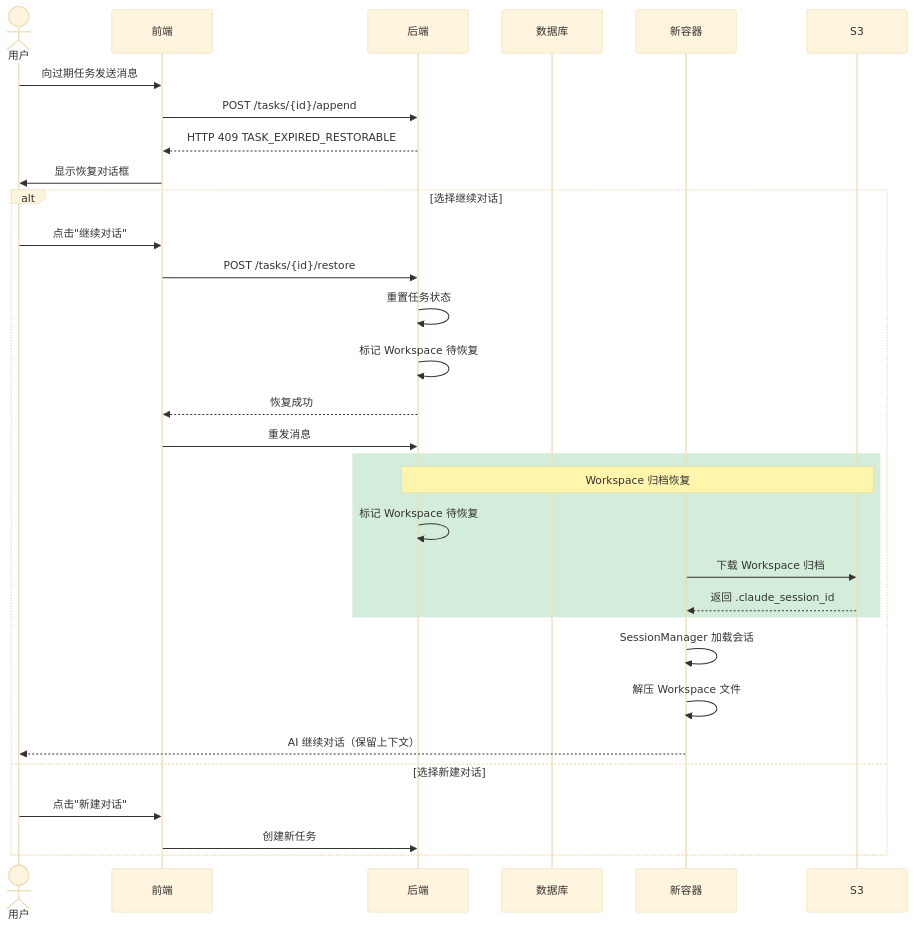
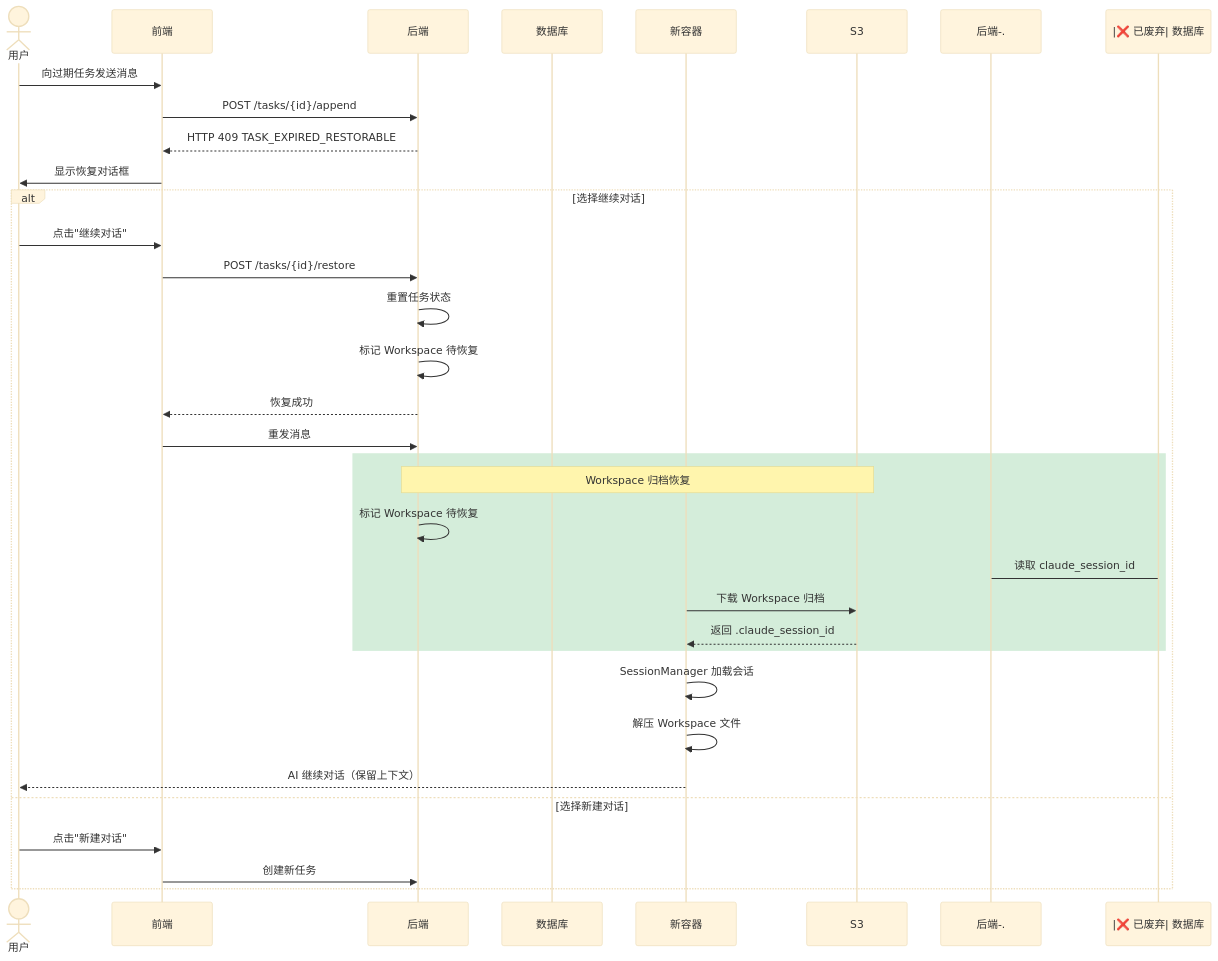
The second of 9 diagrams in docs/zh/features/task-restore.md (wecode-ai/Wegent), drawn with Mermaid (base theme) before and after one commit. The commit also changed other lines of this file, not shown here.

First line of the commit message:
docs(zh): update task restore documentation to reflect database session ID persistence removal

````diff
--- a/docs/zh/features/task-restore.md
+++ b/docs/zh/features/task-restore.md
@@ -44,34 +51,35 @@
 ```mermaid
 sequenceDiagram
     actor 用户
     participant 前端
     participant 后端
     participant 数据库
     participant 新容器
 
     用户->>前端: 向过期任务发送消息
     前端->>后端: POST /tasks/{id}/append
     后端-->>前端: HTTP 409 TASK_EXPIRED_RESTORABLE
     前端->>用户: 显示恢复对话框
 
     alt 选择继续对话
         用户->>前端: 点击"继续对话"
         前端->>后端: POST /tasks/{id}/restore
         后端->>后端: 重置任务状态
         后端->>后端: 标记 Workspace 待恢复
         后端-->>前端: 恢复成功
         前端->>后端: 重发消息
         rect rgb(212, 237, 218)
             Note over 后端,S3: Workspace 归档恢复
             后端->>后端: 标记 Workspace 待恢复
+            后端-.->|❌ 已废弃| 数据库: 读取 claude_session_id
             新容器->>S3: 下载 Workspace 归档
             S3-->>新容器: 返回 .claude_session_id
         end
         新容器->>新容器: SessionManager 加载会话
         新容器->>新容器: 解压 Workspace 文件
         新容器-->>用户: AI 继续对话（保留上下文）
     else 选择新建对话
         用户->>前端: 点击"新建对话"
         前端->>后端: 创建新任务
     end
 ```
````
